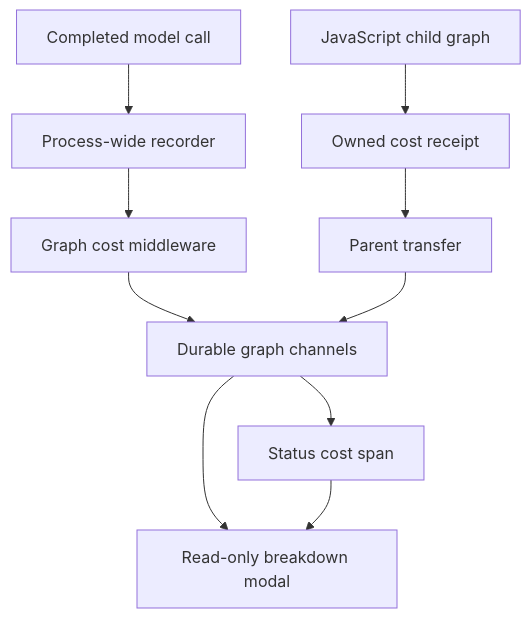
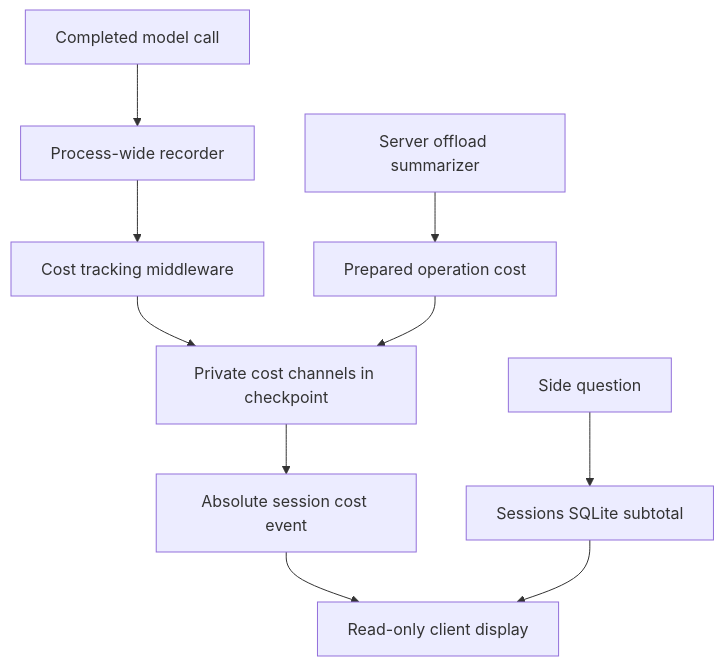
The first of 3 diagrams in openwiki/operations/cost-and-sessions.md (langchain-ai/deepagents), drawn with Mermaid before and after one commit. The commit also changed other lines of this file and 35 other files, not shown here.

````diff
--- a/openwiki/operations/cost-and-sessions.md
+++ b/openwiki/operations/cost-and-sessions.md
@@ -41,12 +47,12 @@
 ```mermaid
 flowchart TD
     Call["Completed model call"] --> Recorder["Process-wide recorder"]
-    Recorder --> Middleware["Graph cost middleware"]
-    Middleware --> Checkpoint["Durable graph channels"]
-    Child["JavaScript child graph"] --> Receipt["Owned cost receipt"]
-    Receipt --> Transfer["Parent transfer"]
-    Transfer --> Checkpoint
-    Checkpoint --> Modal["Read-only breakdown modal"]
-    Checkpoint --> Footer["Status cost span"]
-    Footer --> Modal
+    Recorder --> Middleware["Cost tracking middleware"]
+    Middleware --> Checkpoint["Private cost channels in checkpoint"]
+    Operation["Server offload summarizer"] --> Prepared["Prepared operation cost"]
+    Prepared --> Checkpoint
+    Checkpoint --> Stream["Absolute session cost event"]
+    Stream --> Client["Read-only client display"]
+    Side["Side question"] --> SideDB["Sessions SQLite subtotal"]
+    SideDB --> Client
 ```
````
